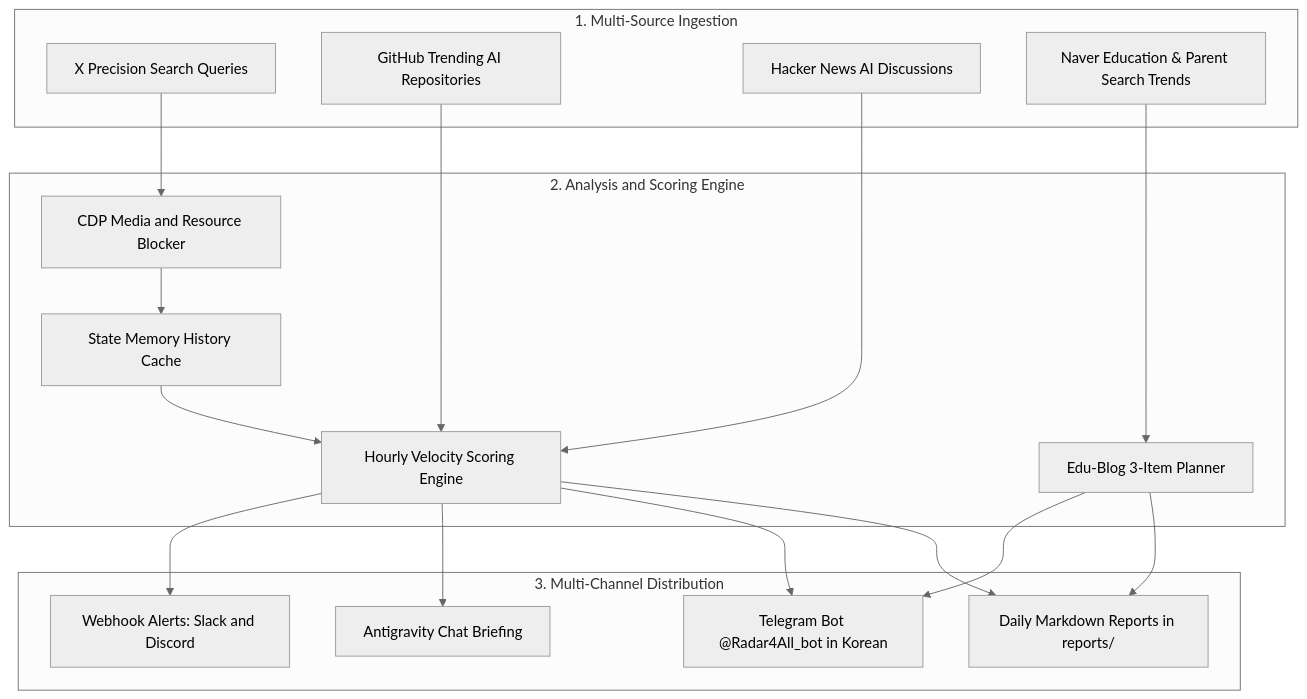
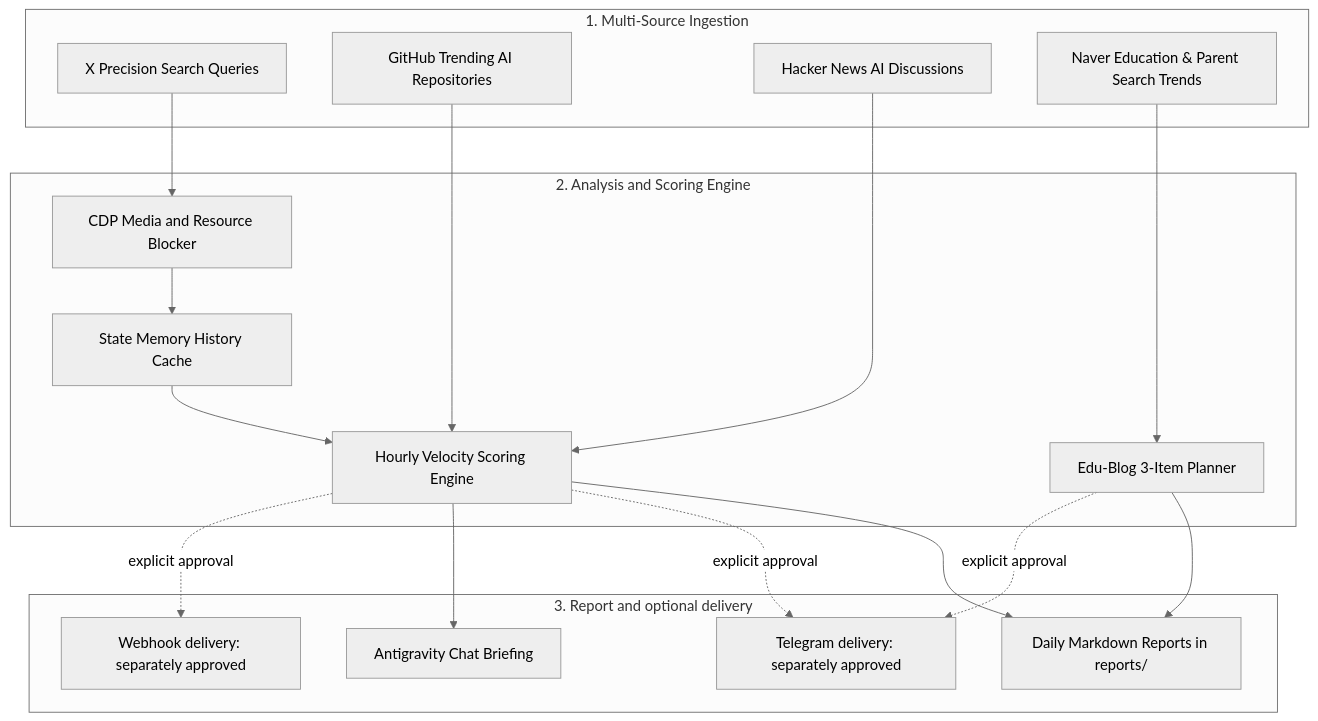
One commit to nanbada/X-AI-Radar changed the diagram in AGENTS.md. Above: the diagram before and after it, drawn with Mermaid (neutral theme). The commit also changed other lines of this file, not shown here.

````diff
--- a/AGENTS.md
+++ b/AGENTS.md
@@ -25,36 +25,36 @@
 ```mermaid
 graph TD
     subgraph S1 [1. Multi-Source Ingestion]
         A1[X Precision Search Queries]
         A2[GitHub Trending AI Repositories]
         A3[Hacker News AI Discussions]
         A4[Naver Education & Parent Search Trends]
     end
 
     subgraph S2 [2. Analysis and Scoring Engine]
         B1[CDP Media and Resource Blocker]
         B2[State Memory History Cache]
         B3[Hourly Velocity Scoring Engine]
         B4[Edu-Blog 3-Item Planner]
     end
 
-    subgraph S3 [3. Multi-Channel Distribution]
+    subgraph S3 [3. Report and optional delivery]
         C1[Daily Markdown Reports in reports/]
         C2[Antigravity Chat Briefing]
-        C3[Telegram Bot @Radar4All_bot in Korean]
-        C4[Webhook Alerts: Slack and Discord]
+        C3[Telegram delivery: separately approved]
+        C4[Webhook delivery: separately approved]
     end
 
     A1 --> B1
     A2 --> B3
     A3 --> B3
     A4 --> B4
     B1 --> B2
     B2 --> B3
     B3 --> C1
-    B3 --> C3
+    B3 -. explicit approval .-> C3
     B4 --> C1
-    B4 --> C3
+    B4 -. explicit approval .-> C3
     B3 --> C2
-    B3 --> C4
+    B3 -. explicit approval .-> C4
 ```
````
